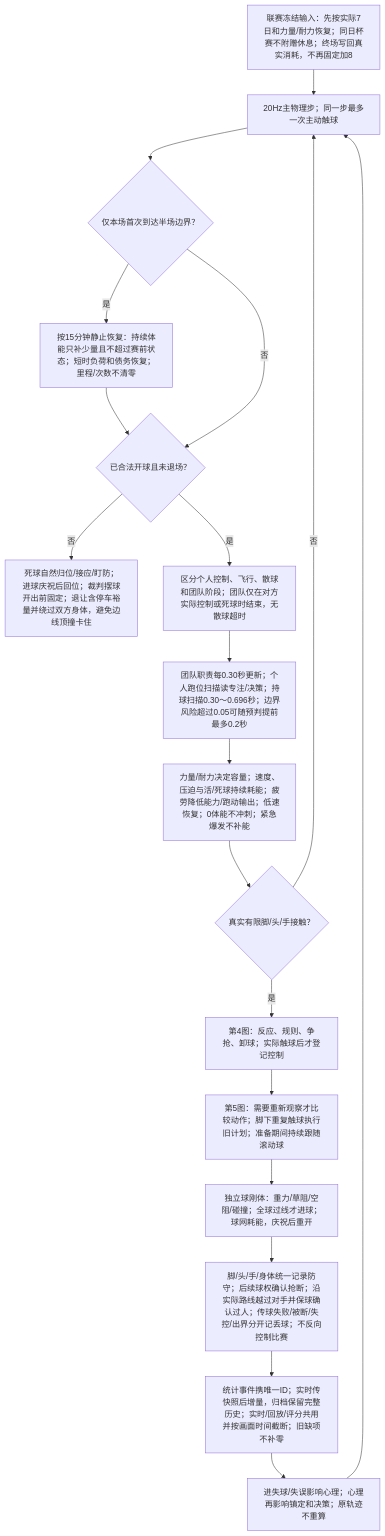
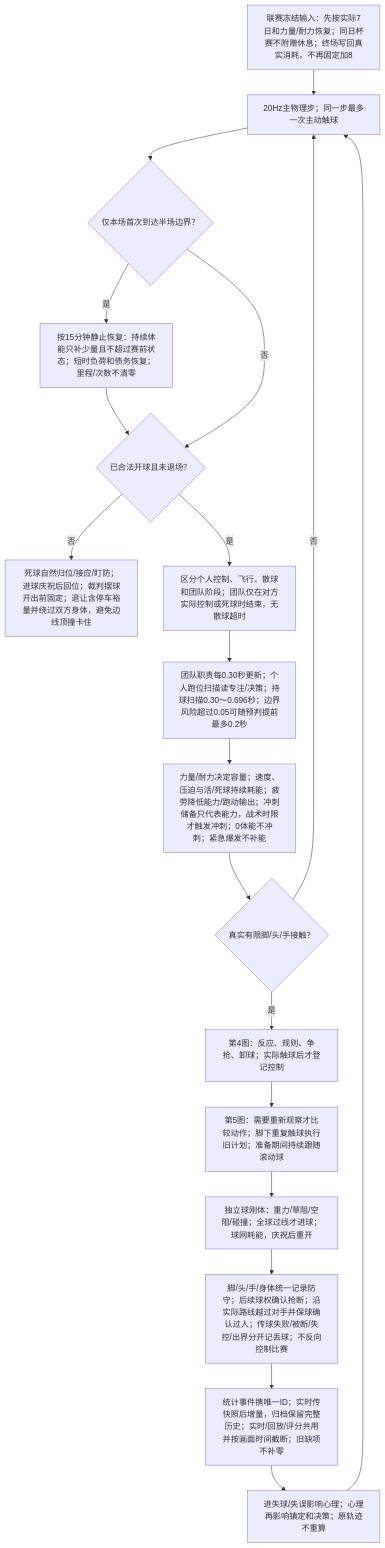
Before and after one commit to sixu3575/touchline-manager: the first of 7 diagrams in packages/shared/modules/matches/design/PLAYER_DECISION_MAP.md, drawn with Mermaid. The commit also changed other lines of this file and 16 other files, not shown here.

````diff
--- a/packages/shared/modules/matches/design/PLAYER_DECISION_MAP.md
+++ b/packages/shared/modules/matches/design/PLAYER_DECISION_MAP.md
@@ -13,21 +13,21 @@
 ```mermaid
 flowchart TD
   OW["联赛冻结输入：先按实际7日和力量/耐力恢复；同日杯赛不附赠休息；终场写回真实消耗，不再固定加8"] --> O0["20Hz主物理步；同一步最多一次主动触球"]
   O0 --> OH{"仅本场首次到达半场边界？"}
   OH -->|是| OH1["按15分钟静止恢复：持续体能只补少量且不超过赛前状态；短时负荷和债务恢复；里程/次数不清零"]
   OH1 --> O1{"已合法开球且未退场？"}
   OH -->|否| O1
   O1 -->|否| O2["死球自然归位/接应/盯防；进球庆祝后回位；裁判摆球开出前固定；退让含停车裕量并绕过双方身体，避免边线顶撞卡住"]
   O1 -->|是| O3["区分个人控制、飞行、散球和团队阶段；团队仅在对方实际控制或死球时结束，无散球超时"]
   O3 --> O4["团队职责每0.30秒更新；个人跑位扫描读专注/决策；持球扫描0.30～0.696秒；边界风险超过0.05可随预判提前最多0.2秒"]
-  O4 --> O5["力量/耐力决定容量；速度、压迫与活/死球持续耗能；疲劳降低能力/跑动输出；低速恢复；0体能不冲刺；紧急爆发不补能"]
+  O4 --> O5["力量/耐力决定容量；速度、压迫与活/死球持续耗能；疲劳降低能力/跑动输出；冲刺储备只代表能力，战术时限才触发冲刺；0体能不冲刺；紧急爆发不补能"]
   O5 --> O6{"真实有限脚/头/手接触？"}
   O6 -->|否| O0
   O6 -->|是| O7["第4图：反应、规则、争抢、卸球；实际触球后才登记控制"]
   O7 --> O8["第5图：需要重新观察才比较动作；脚下重复触球执行旧计划；准备期间持续跟随滚动球"]
   O8 --> O9["独立球刚体：重力/草阻/空阻/碰撞；全球过线才进球；球网耗能，庆祝后重开"]
   O9 --> OS["脚/头/手/身体统一记录防守；后续球权确认抢断；沿实际路线越过对手并保球确认过人；传球失败/被断/失控/出界分开记丢球；不反向控制比赛"]
   OS --> OSC["统计事件携唯一ID；实时传快照后增量，归档保留完整历史；实时/回放/评分共用并按画面时间截断；旧缺项不补零"]
   OSC --> OM["进失球/失误影响心理；心理再影响镇定和决策；原轨迹不重算"]
   OM --> O0
 ```
````
